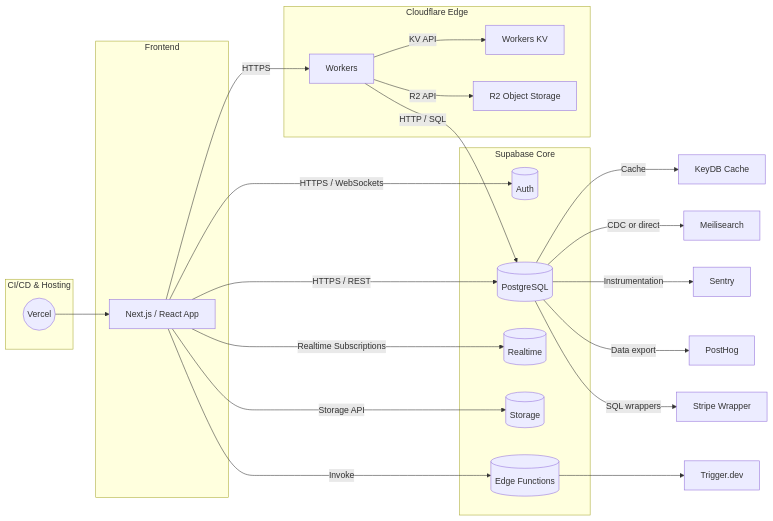
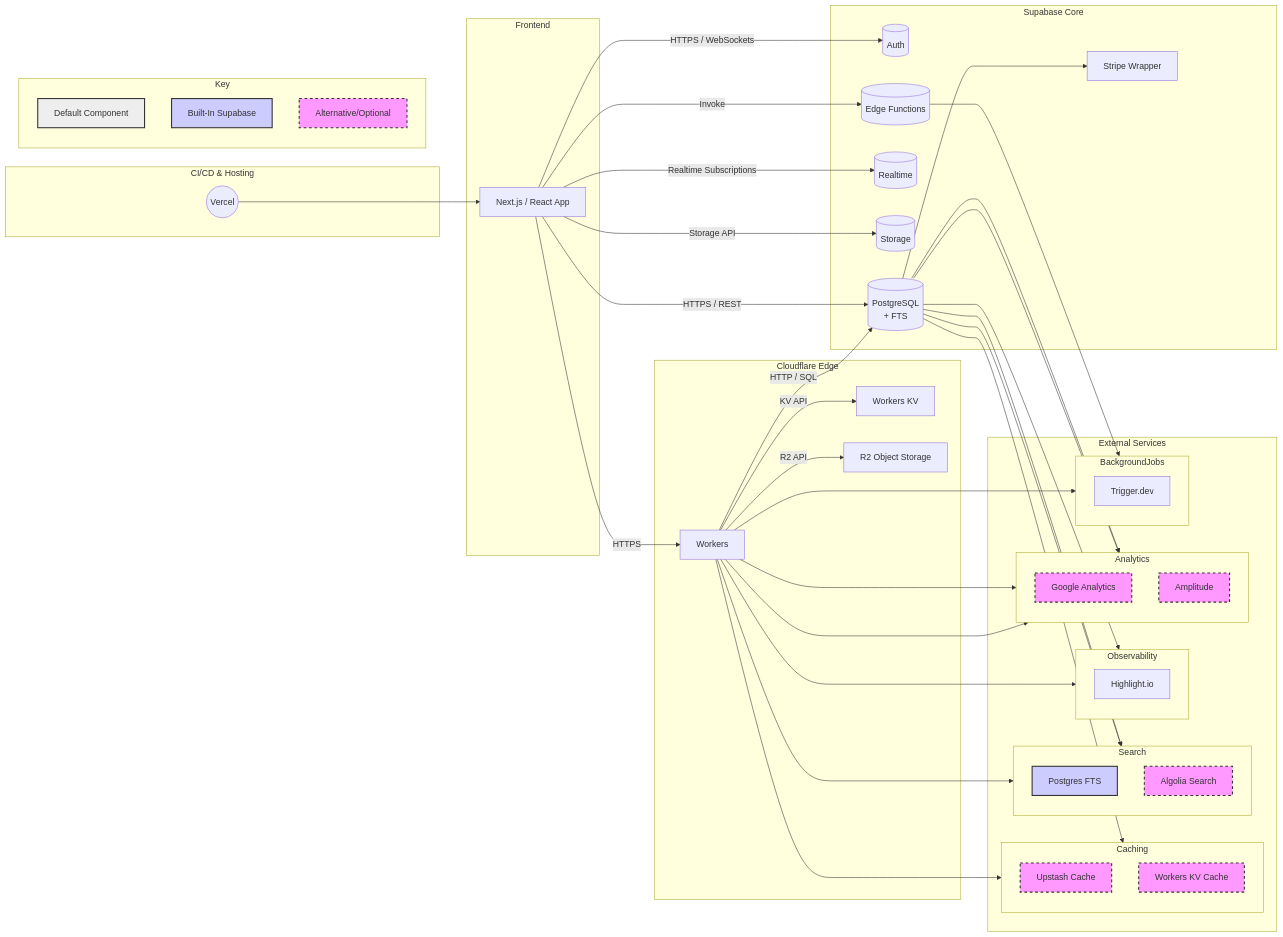
The first of 2 diagrams in docs/stack-and-tools/5-supaedge-stack.md (jonit-dev/startup-ideas-factory), drawn with Mermaid before and after one commit. The commit also changed other lines of this file, not shown here.

````diff
--- a/docs/stack-and-tools/5-supaedge-stack.md
+++ b/docs/stack-and-tools/5-supaedge-stack.md
@@ -51,10 +52,11 @@
 
  subgraph Supabase["Supabase Core"]
   Auth[(Auth)]
-  DB[(PostgreSQL)]
+  DB[(PostgreSQL<br/>+ FTS)]
   Realtime[(Realtime)]
   Storage[(Storage)]
   EdgeFuncs[(Edge Functions)]
+  StripeW[Stripe Wrapper]
  end
 
  subgraph Edge["Cloudflare Edge"]
@@ -63,12 +65,37 @@
   R2[R2 Object Storage]
  end
 
- KeyDB[KeyDB Cache]
- Meili[Meilisearch]
- Sentry[Sentry]
- PostHog[PostHog]
- Stripe[Stripe Wrapper]
- Trigger[Trigger.dev]
+ subgraph ExternalServices["External Services"]
+    subgraph Caching
+        direction TB
+        Upstash[Upstash Cache]
+        style Upstash fill:#f9f,stroke:#333,stroke-width:2px,stroke-dasharray: 5 5
+        WorkKVCache[Workers KV Cache]
+        style WorkKVCache fill:#f9f,stroke:#333,stroke-width:2px,stroke-dasharray: 5 5
+    end
+    subgraph Search
+        direction TB
+        PostgresFTS[Postgres FTS]
+        style PostgresFTS fill:#ccf,stroke:#333,stroke-width:2px
+        Algolia[Algolia Search]
+        style Algolia fill:#f9f,stroke:#333,stroke-width:2px,stroke-dasharray: 5 5
+    end
+    subgraph Observability
+        direction TB
+        Highlight[Highlight.io]
+    end
+    subgraph Analytics
+        direction TB
+        GoogleAnalytics[Google Analytics]
+        style GoogleAnalytics fill:#f9f,stroke:#333,stroke-width:2px,stroke-dasharray: 5 5
+        Amplitude[Amplitude]
+        style Amplitude fill:#f9f,stroke:#333,stroke-width:2px,stroke-dasharray: 5 5
+    end
+    subgraph BackgroundJobs
+        direction TB
+        Trigger[Trigger.dev]
+    end
+ end
 
  %% Frontend interactions
  FE -->|HTTPS / WebSockets| Auth
@@ -82,17 +109,30 @@
  CFW -->|HTTP / SQL| DB
  CFW -->|KV API| KV
  CFW -->|R2 API| R2
+ CFW --> Upstash
+ CFW --> Algolia
+ CFW --> Highlight
+ CFW --> GoogleAnalytics
+ CFW --> Amplitude
+ CFW --> Trigger
 
- %% Caching & search
- DB -->|Cache| KeyDB
- DB -->|CDC or direct| Meili
+ %% Supabase interactions
+ DB --> PostgresFTS
+ DB --> Upstash
+ DB --> Algolia
+ DB --> Highlight
+ DB --> GoogleAnalytics
+ DB --> Amplitude
+ EdgeFuncs --> Trigger
+ DB --> StripeW
 
- %% Observability & analytics
- DB -->|Instrumentation| Sentry
- DB -->|Data export| PostHog
-
- %% Payments & workflows
- DB -->|SQL wrappers| Stripe
- EdgeFuncs --> Trigger
-
+ %% Style Key
+ subgraph Styles ["Key"]
+    Def[Default Component]
+    style Def fill:#eee,stroke:#333,stroke-width:2px
+    BuiltIn[Built-In Supabase]
+    style BuiltIn fill:#ccf,stroke:#333,stroke-width:2px
+    Alt[Alternative/Optional]
+    style Alt fill:#f9f,stroke:#333,stroke-width:2px,stroke-dasharray: 5 5
+ end
 ```
````
